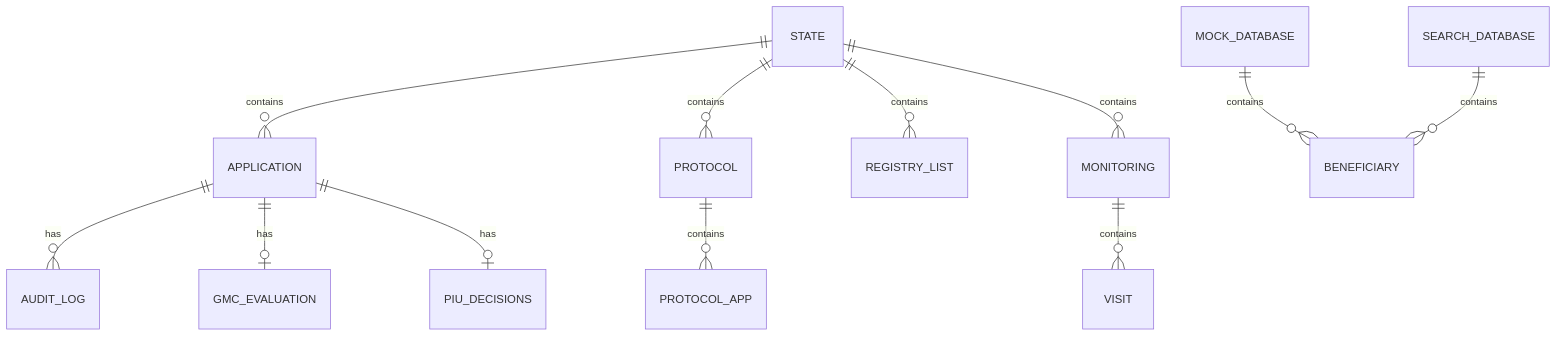
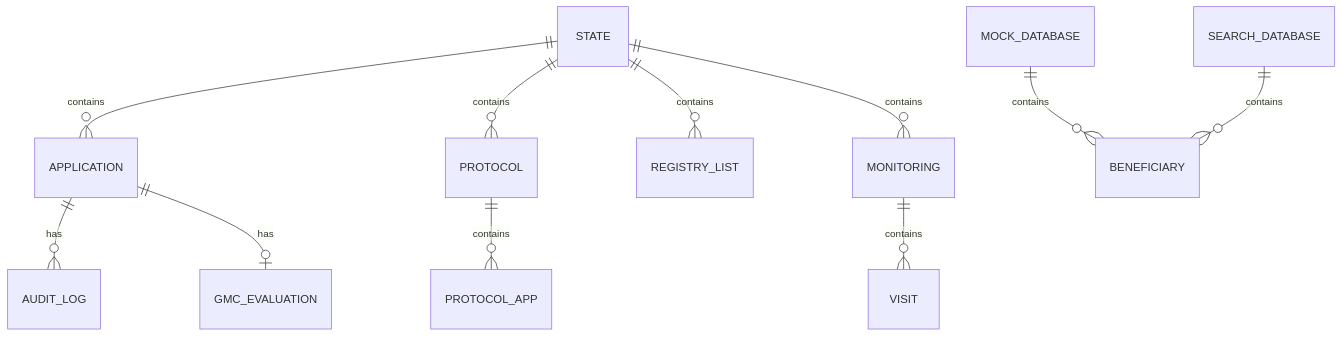
The first of 4 diagrams in docs/DATA-MODEL.md (fkhokimov-wq/1), drawn with Mermaid before and after one commit. The commit also changed other lines of this file and 19 other files, not shown here.

````diff
--- a/docs/DATA-MODEL.md
+++ b/docs/DATA-MODEL.md
@@ -12,18 +12,17 @@
 ```mermaid
 erDiagram
     STATE ||--o{ APPLICATION : contains
     STATE ||--o{ PROTOCOL : contains
     STATE ||--o{ REGISTRY_LIST : contains
     STATE ||--o{ MONITORING : contains
 
     APPLICATION ||--o{ AUDIT_LOG : has
     APPLICATION ||--o| GMC_EVALUATION : has
-    APPLICATION ||--o| PIU_DECISIONS : has
 
     PROTOCOL ||--o{ PROTOCOL_APP : contains
 
     MONITORING ||--o{ VISIT : contains
 
     MOCK_DATABASE ||--o{ BENEFICIARY : contains
     SEARCH_DATABASE ||--o{ BENEFICIARY : contains
 ```
````
